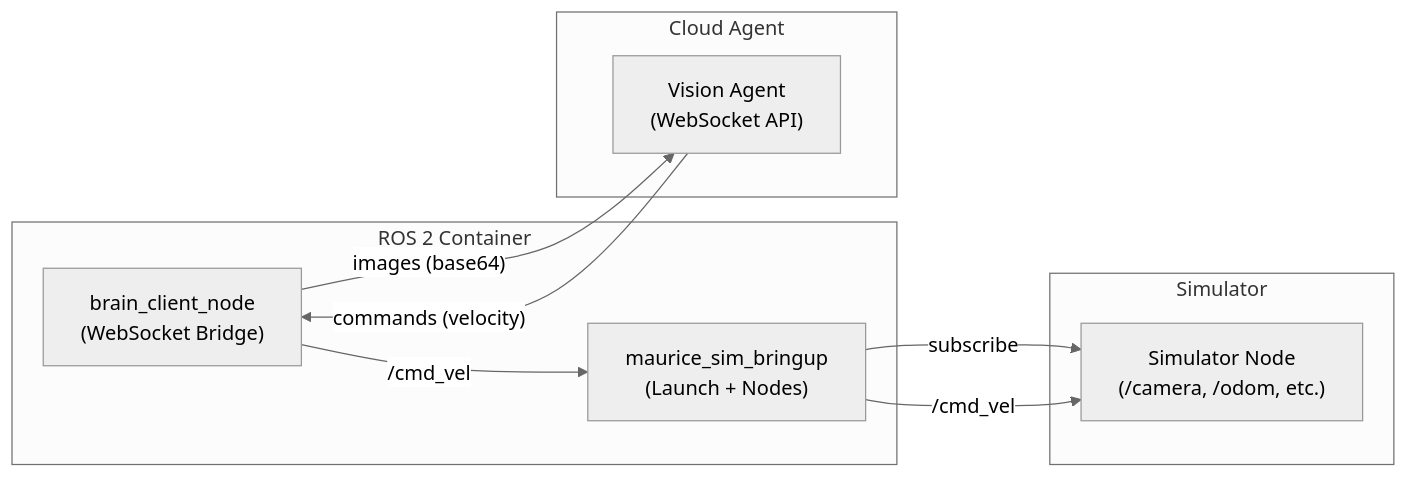
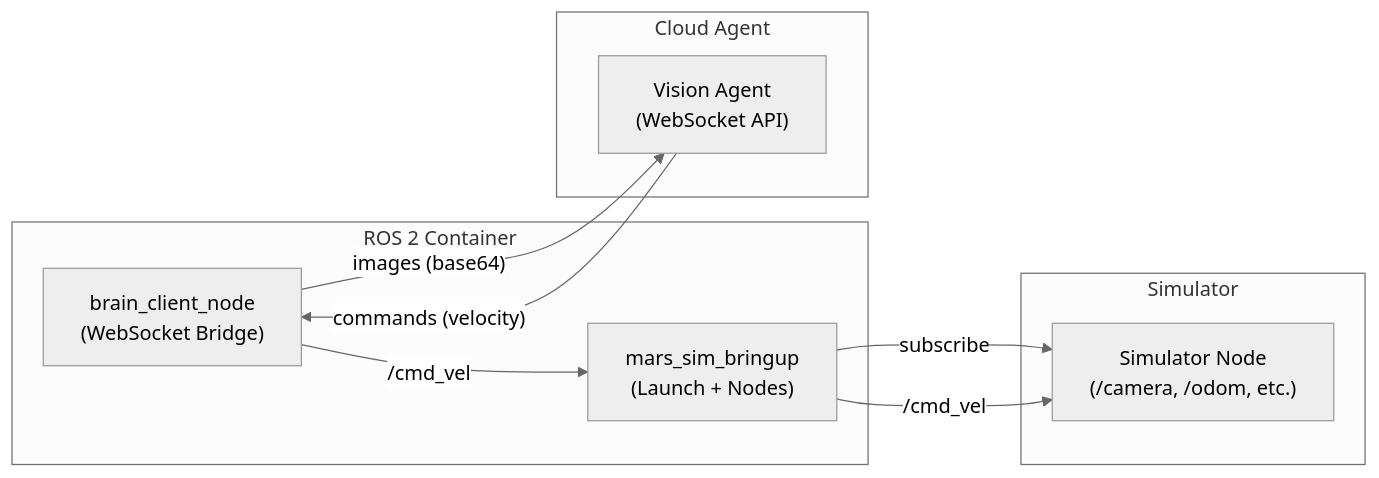
Before and after one commit to Hcoder10/innate-os: the first of 2 diagrams in docs/SYSTEM_OVERVIEW.md, drawn with Mermaid (neutral theme). The commit also changed other lines of this file and 288 other files, not shown here.

First line of the commit message:
Rename robot maurice -> mars across the repo

````diff
--- a/docs/SYSTEM_OVERVIEW.md
+++ b/docs/SYSTEM_OVERVIEW.md
@@ -127,25 +127,25 @@
 ```mermaid
 flowchart LR
     subgraph "Simulator"
         A["Simulator Node
         (/camera, /odom, etc.)"]
     end
 
     subgraph "ROS 2 Container"
-        B["maurice_sim_bringup
+        B["mars_sim_bringup
         (Launch + Nodes)"]
         C["brain_client_node
         (WebSocket Bridge)"]
         B -->|subscribe| A
         B -->|/cmd_vel| A
         C -->|/cmd_vel| B
     end
     
     subgraph "Cloud Agent"
         D["Vision Agent
         (WebSocket API)"]
     end
 
     C -->|"images (base64)"| D
     D -->|"commands (velocity)"| C
 ```
````
